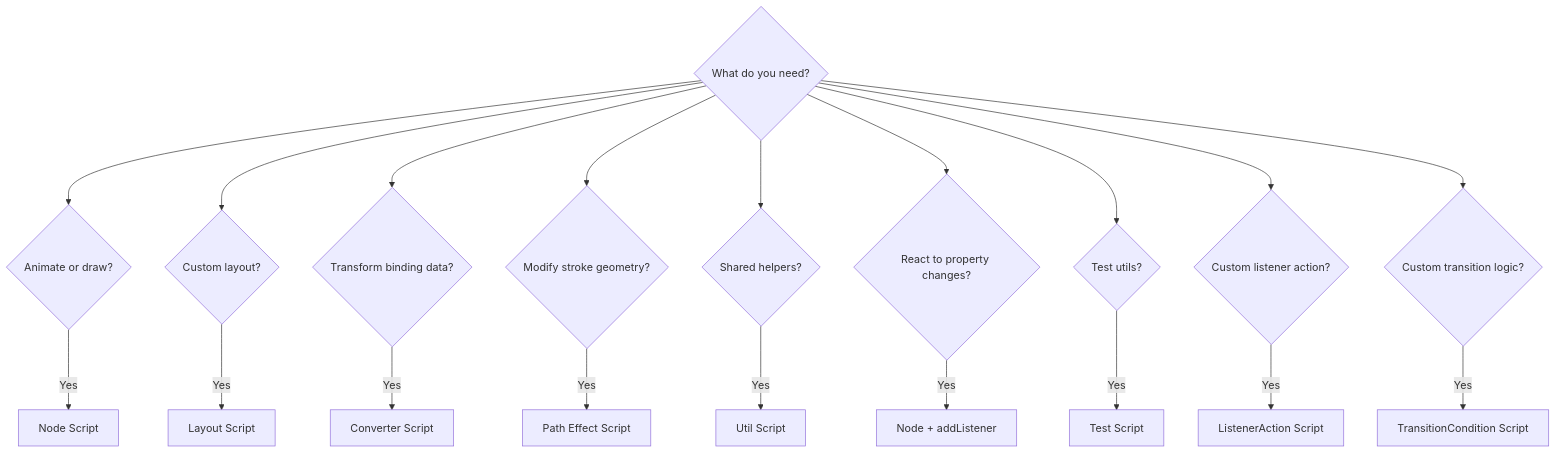
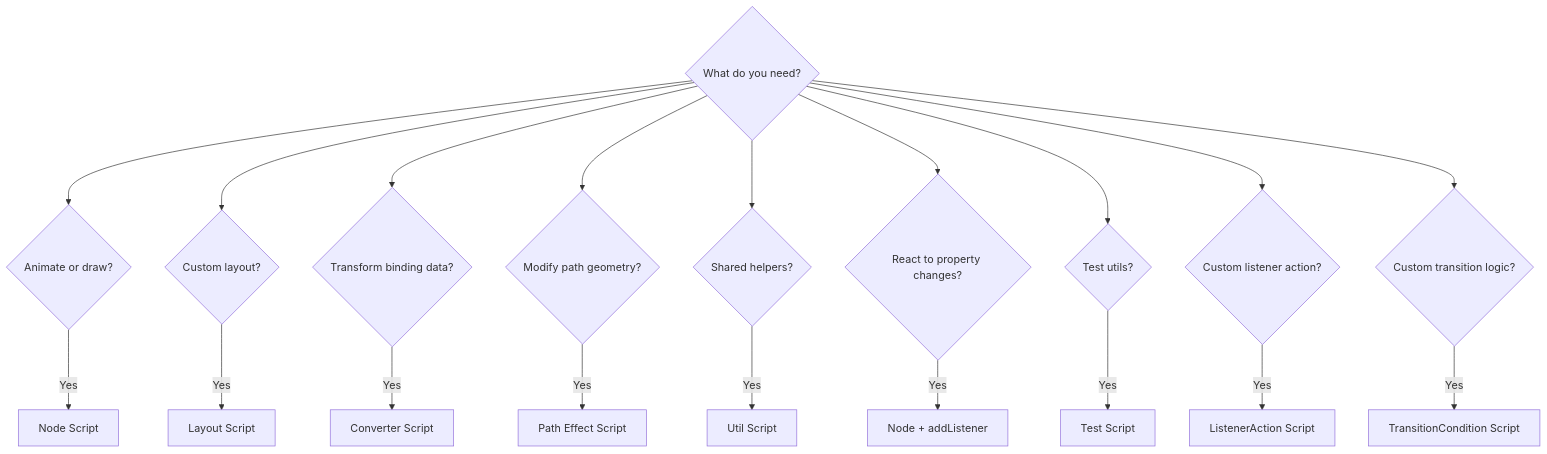
Before and after one commit to ivg-design/lerp: the diagram in docs/rive/script-types.mdx, drawn with Mermaid. The commit also changed other lines of this file and 1 other file, not shown here.

Commit message:
Fix path effects to mention both strokes and fills, not just strokes

````diff
--- a/docs/rive/script-types.mdx
+++ b/docs/rive/script-types.mdx
@@ -332,22 +332,22 @@
 ```mermaid
 flowchart TD
     A{What do you need?} --> B{Animate or draw?}
     A --> C{Custom layout?}
     A --> D{Transform binding data?}
-    A --> E{Modify stroke geometry?}
+    A --> E{Modify path geometry?}
     A --> F{Shared helpers?}
     A --> G{React to property changes?}
     A --> H{Test utils?}
     A --> I{Custom listener action?}
     A --> J{Custom transition logic?}
 
     B -->|Yes| B1[Node Script]
     C -->|Yes| C1[Layout Script]
     D -->|Yes| D1[Converter Script]
     E -->|Yes| E1[Path Effect Script]
     F -->|Yes| F1[Util Script]
     G -->|Yes| G1[Node + addListener]
     H -->|Yes| H1[Test Script]
     I -->|Yes| I1[ListenerAction Script]
     J -->|Yes| J1[TransitionCondition Script]
 ```
````
